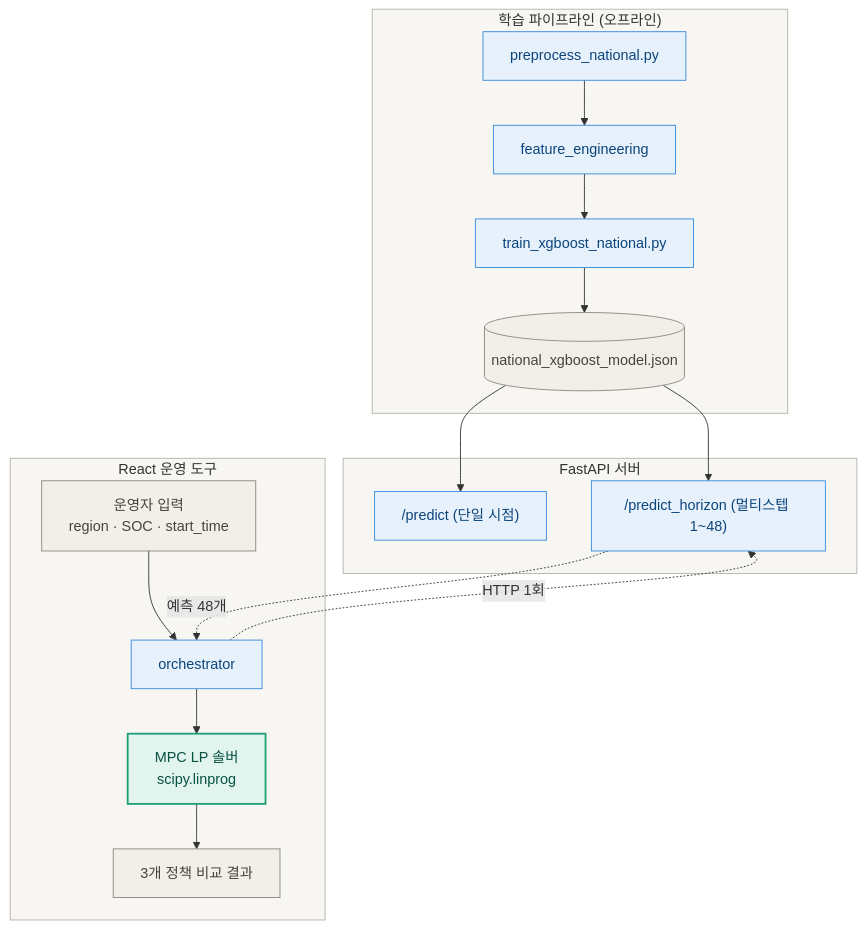
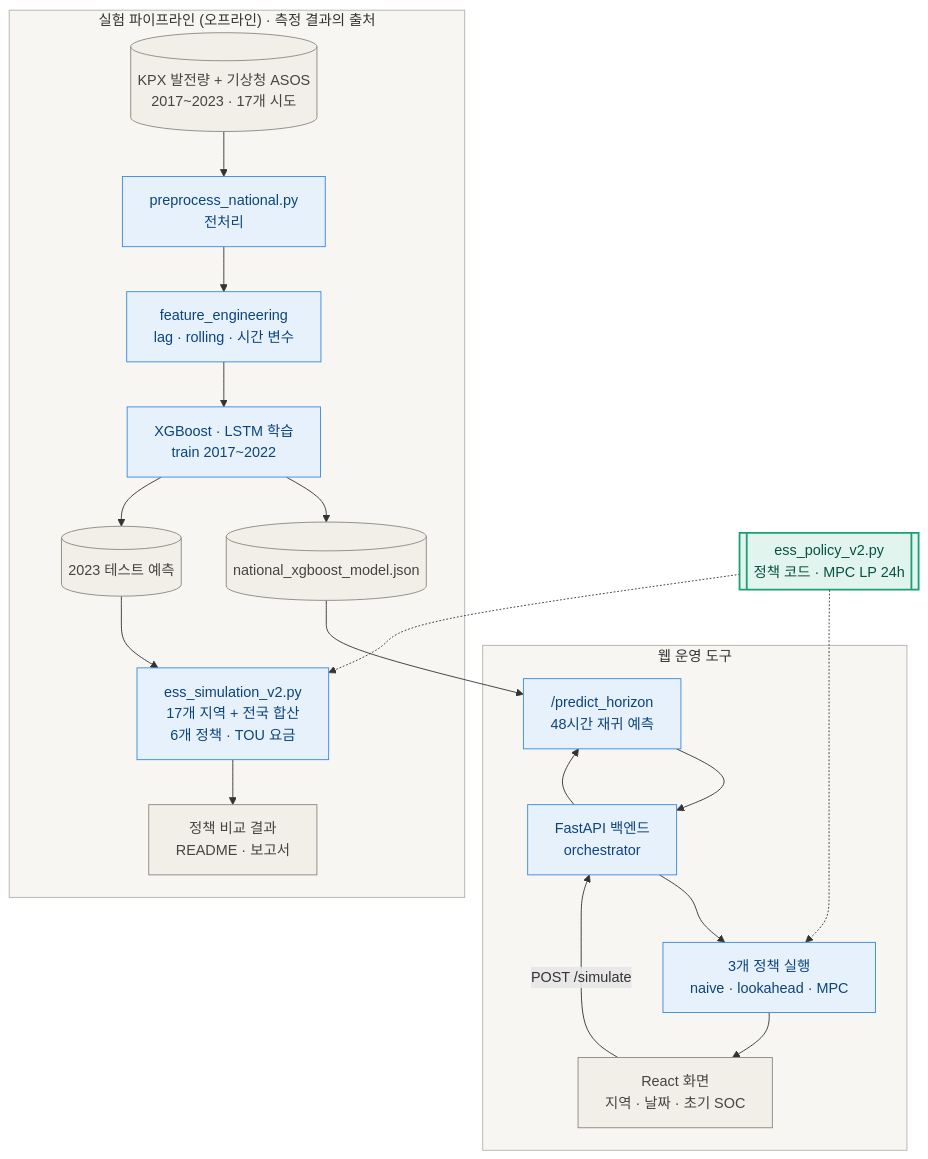
Before and after one commit to rangedayo/energy-time-series-forecast: the diagram in README.md, drawn with Mermaid. The commit also changed other lines of this file, not shown here.

````diff
--- a/README.md
+++ b/README.md
@@ -83,33 +81,35 @@
 ```mermaid
 flowchart TB
-    subgraph TRAIN["학습 파이프라인 (오프라인)"]
-        A[preprocess_national.py] --> B[feature_engineering]
-        B --> C[train_xgboost_national.py]
-        C --> D[(national_xgboost_model.json)]
+    subgraph EXP["실험 파이프라인 (오프라인) · 측정 결과의 출처"]
+        A[("KPX 발전량 + 기상청 ASOS<br/>2017~2023 · 17개 시도")] --> B["preprocess_national.py<br/>전처리"]
+        B --> C["feature_engineering<br/>lag · rolling · 시간 변수"]
+        C --> D["XGBoost · LSTM 학습<br/>train 2017~2022"]
+        D --> E[("national_xgboost_model.json")]
+        D --> F[("2023 테스트 예측")]
+        F --> G["ess_simulation_v2.py<br/>17개 지역 + 전국 합산<br/>6개 정책 · TOU 요금"]
+        G --> H["정책 비교 결과<br/>README · 보고서"]
     end
 
-    subgraph API["FastAPI 서버"]
-        D --> E["/predict (단일 시점)"]
-        D --> F["/predict_horizon (멀티스텝 1~48)"]
+    subgraph APP["웹 운영 도구"]
+        I["React 화면<br/>지역 · 날짜 · 초기 SOC"] -- "POST /simulate" --> J["FastAPI 백엔드<br/>orchestrator"]
+        J --> K["/predict_horizon<br/>48시간 재귀 예측"]
+        K --> J
+        J --> L["3개 정책 실행<br/>naive · lookahead · MPC"]
+        L --> I
     end
 
-    subgraph UI["React 운영 도구"]
-        G[운영자 입력<br/>region · SOC · start_time] --> H[orchestrator]
-        H -. HTTP 1회 .-> F
-        F -. 예측 48개 .-> H
-        H --> I[MPC LP 솔버<br/>scipy.linprog]
-        I --> J[3개 정책 비교 결과]
-    end
+    E --> K
+    P[["ess_policy_v2.py<br/>정책 코드 · MPC LP 24h"]] -.-> G
+    P -.-> L
 
     classDef io fill:#F1EFE8,stroke:#888780,color:#444441
     classDef proc fill:#E6F1FB,stroke:#378ADD,color:#0C447C
     classDef gate fill:#E1F5EE,stroke:#1D9E75,color:#085041,stroke-width:2px
 
-    class A,B,C,E,F,H proc
-    class D,G,J io
-    class I gate
+    class B,C,D,G,J,K,L proc
+    class A,E,F,H,I io
+    class P gate
 
-    style TRAIN fill:#F7F6F2,stroke:#B4B2A9
-    style API fill:#F7F6F2,stroke:#B4B2A9
-    style UI fill:#F7F6F2,stroke:#B4B2A9
+    style EXP fill:#F7F6F2,stroke:#B4B2A9
+    style APP fill:#F7F6F2,stroke:#B4B2A9
 ```
````
